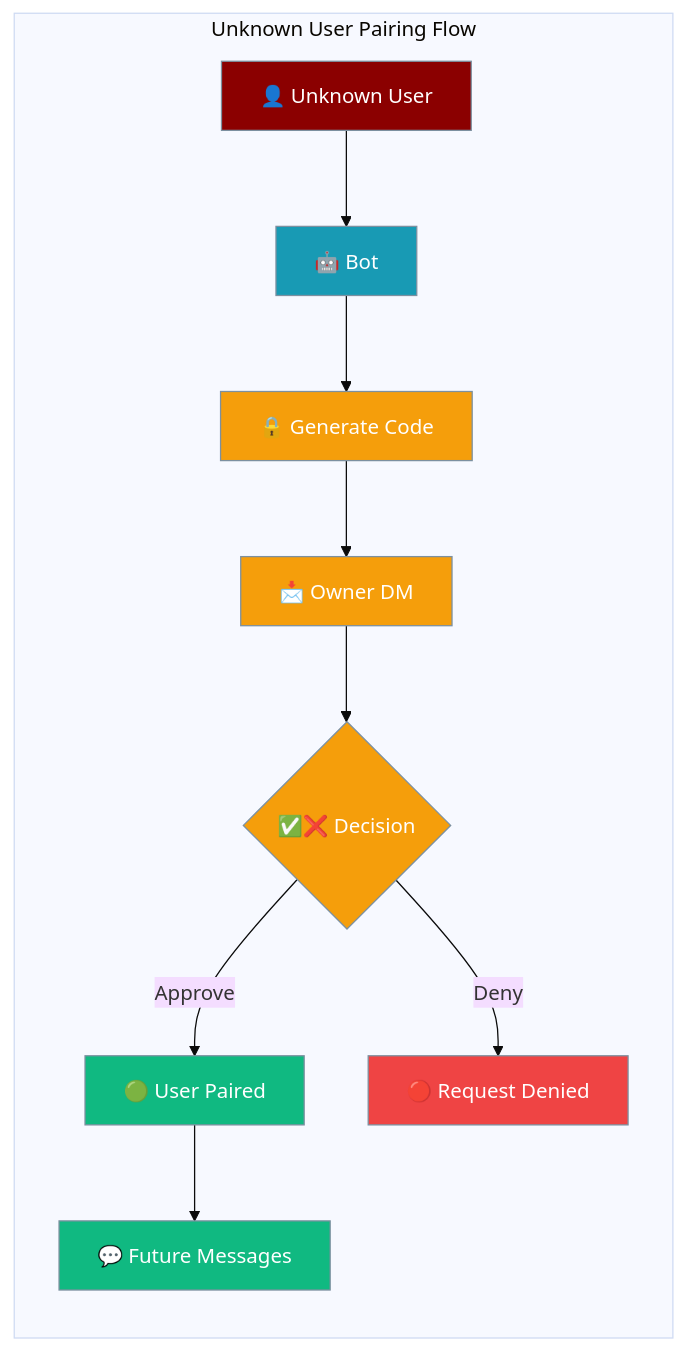
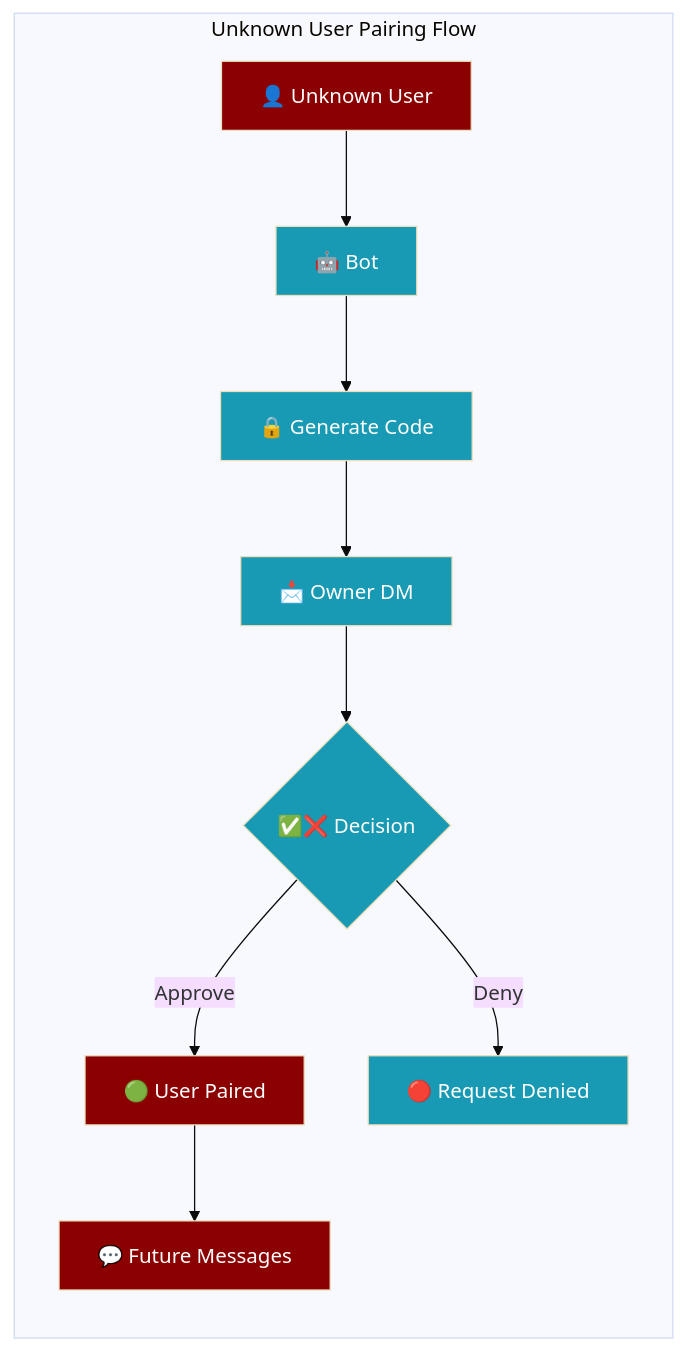
The first of 4 diagrams in docs/features/bot-unknown-user-pairing.mdx (MervinPraison/PraisonAIDocs), drawn with Mermaid (base theme) before and after one commit. The commit also changed 24 other files, not shown here.

````diff
--- a/docs/features/bot-unknown-user-pairing.mdx
+++ b/docs/features/bot-unknown-user-pairing.mdx
@@ -10,25 +10,18 @@
 ```mermaid
 graph LR
     subgraph "Unknown User Pairing Flow"
         A[👤 Unknown User] --> B[🤖 Bot]
         B --> C[🔒 Generate Code]
         C --> D[📩 Owner DM]
         D --> E{✅❌ Decision}
         E -->|Approve| F[🟢 User Paired]
         E -->|Deny| G[🔴 Request Denied]
         F --> H[💬 Future Messages]
     end
     
-    classDef user fill:#8B0000,stroke:#7C90A0,color:#fff
-    classDef bot fill:#189AB4,stroke:#7C90A0,color:#fff
-    classDef process fill:#F59E0B,stroke:#7C90A0,color:#fff
-    classDef approve fill:#10B981,stroke:#7C90A0,color:#fff
-    classDef deny fill:#EF4444,stroke:#7C90A0,color:#fff
+    classDef agent fill:#8B0000,color:#fff
+    classDef tool fill:#189AB4,color:#fff
     
-    class A user
-    class B bot
-    class C,D process
-    class E process
-    class F,H approve
-    class G deny
+    class A,F,H agent
+    class B,C,D,E,G tool
 ```
````
